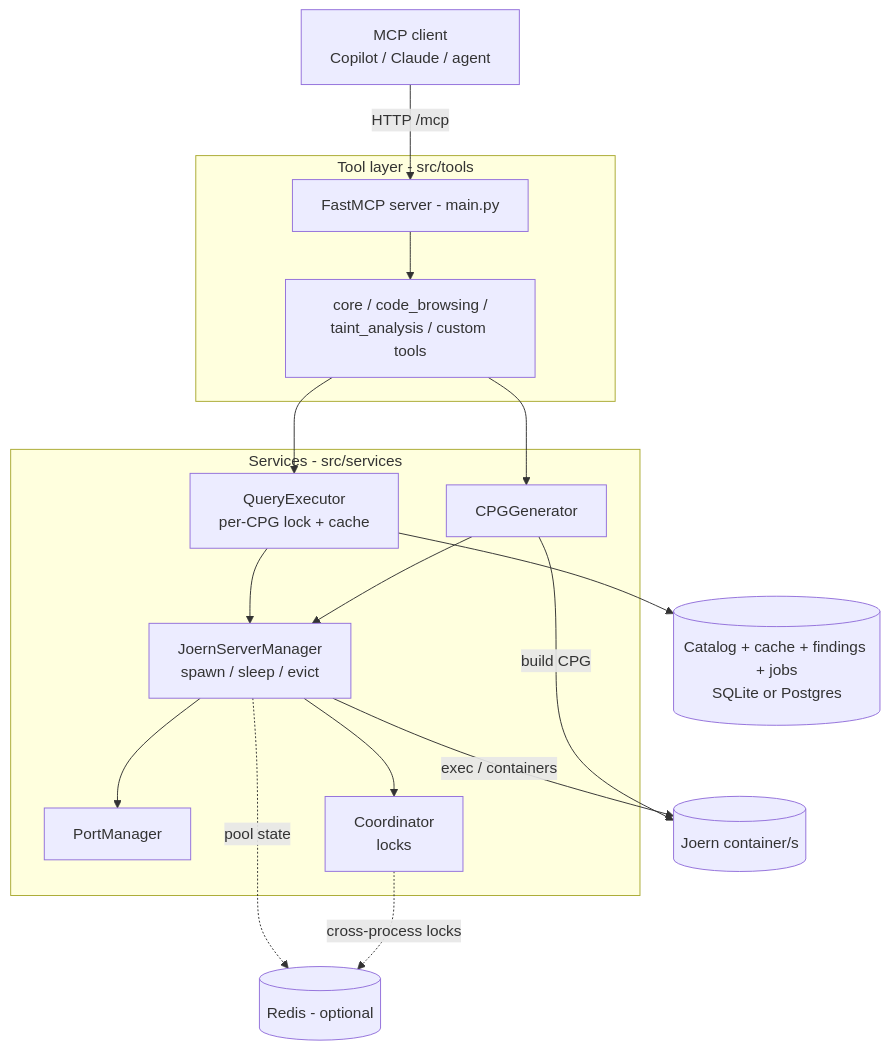
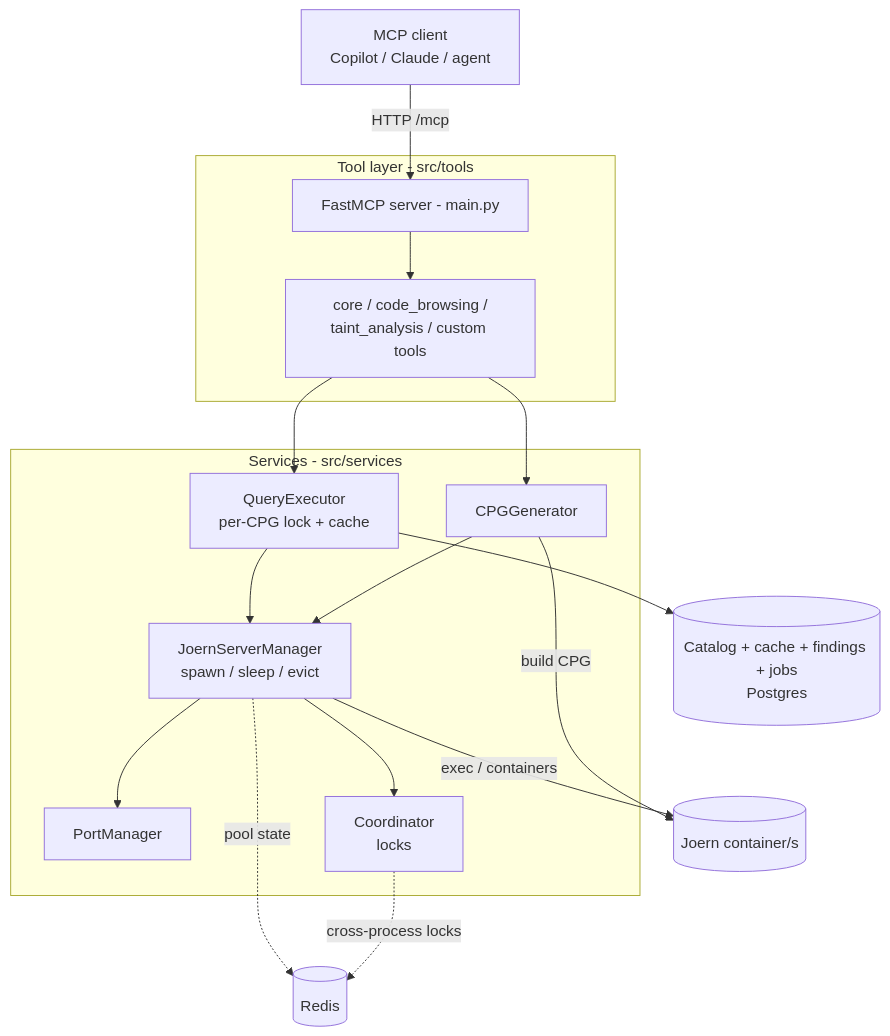
One commit to Lekssays/codebadger changed the first of 4 diagrams in docs/architecture.md. Above: the diagram before and after it, drawn with Mermaid. The commit also changed other lines of this file and 24 other files, not shown here.

````diff
--- a/docs/architecture.md
+++ b/docs/architecture.md
@@ -9,23 +9,23 @@
 ```mermaid
 flowchart TB
     Client[MCP client<br/>Copilot / Claude / agent] -->|HTTP /mcp| MCP[FastMCP server - main.py]
 
     subgraph tools[Tool layer - src/tools]
         MCP --> CT[core / code_browsing /<br/>taint_analysis / custom tools]
     end
 
     subgraph svc[Services - src/services]
         CT --> QE[QueryExecutor<br/>per-CPG lock + cache]
         CT --> CG[CPGGenerator]
         QE --> JM[JoernServerManager<br/>spawn / sleep / evict]
         CG --> JM
         JM --> PM[PortManager]
         JM --> CO[Coordinator<br/>locks]
     end
 
     JM -->|exec / containers| JC[(Joern container/s)]
     CG -->|build CPG| JC
-    QE --> STORE[(Catalog + cache + findings + jobs<br/>SQLite or Postgres)]
-    JM -.pool state.-> REDIS[(Redis - optional)]
+    QE --> STORE[(Catalog + cache + findings + jobs<br/>Postgres)]
+    JM -.pool state.-> REDIS[(Redis)]
     CO -.cross-process locks.-> REDIS
 ```
````
